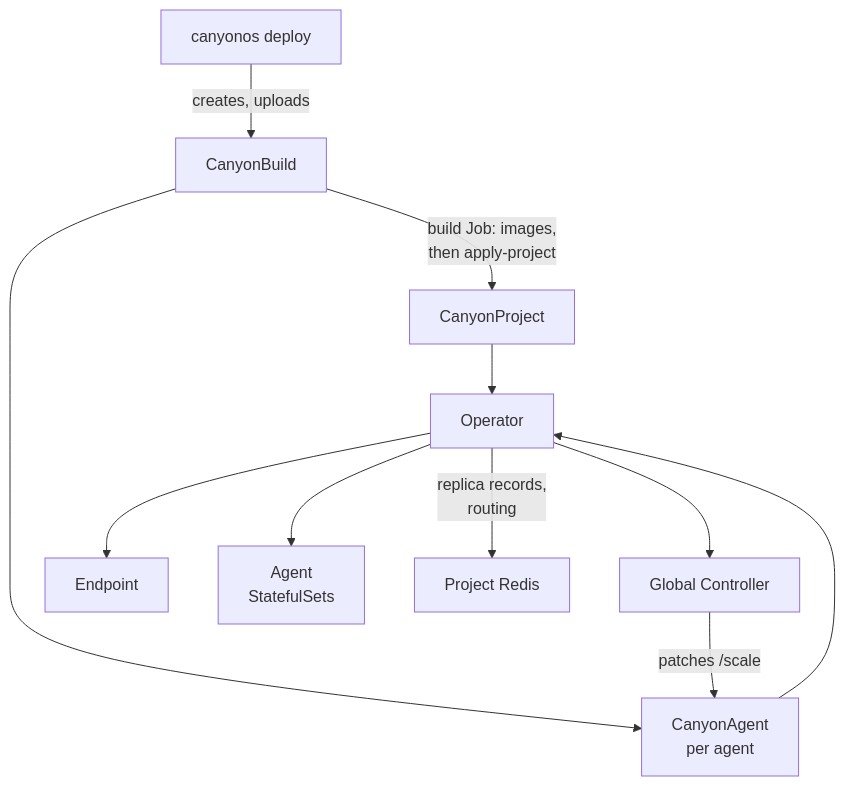
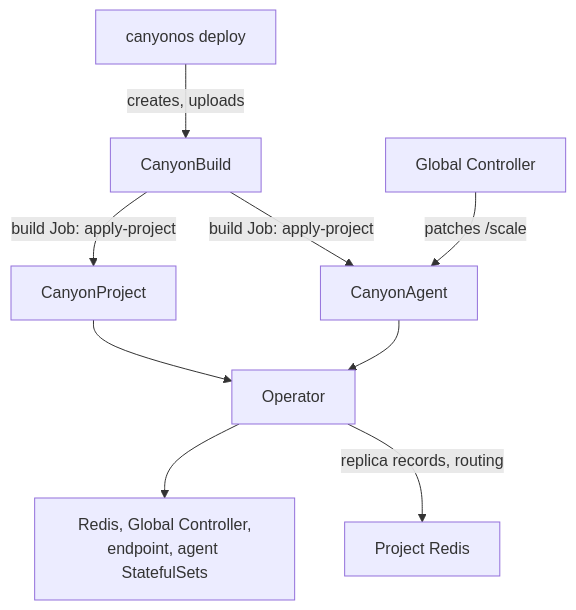
Before and after one commit to CanyonCodeCoreAI/canyonos: the diagram in docs/architecture/OPERATOR.md, drawn with Mermaid. The commit also changed other lines of this file and 8 other files, not shown here.

````diff
--- a/docs/architecture/OPERATOR.md
+++ b/docs/architecture/OPERATOR.md
@@ -23,13 +18,11 @@
 ```mermaid
 flowchart TB
     CLI["canyonos deploy"] -->|"creates, uploads"| B["CanyonBuild"]
-    B -->|"build Job: images,<br/>then apply-project"| P["CanyonProject"]
-    B --> A["CanyonAgent<br/>per agent"]
+    B -->|"build Job: apply-project"| P["CanyonProject"]
+    B -->|"build Job: apply-project"| A["CanyonAgent"]
     P --> O["Operator"]
     A --> O
-    O --> G["Global Controller"]
-    O --> E["Endpoint"]
-    O --> S["Agent<br/>StatefulSets"]
-    O -->|"replica records,<br/>routing"| R["Project Redis"]
-    G -->|"patches /scale"| A
+    O --> W["Redis, Global Controller,<br/>endpoint, agent StatefulSets"]
+    O -->|"replica records, routing"| R["Project Redis"]
+    G["Global Controller"] -->|"patches /scale"| A
 ```
````
